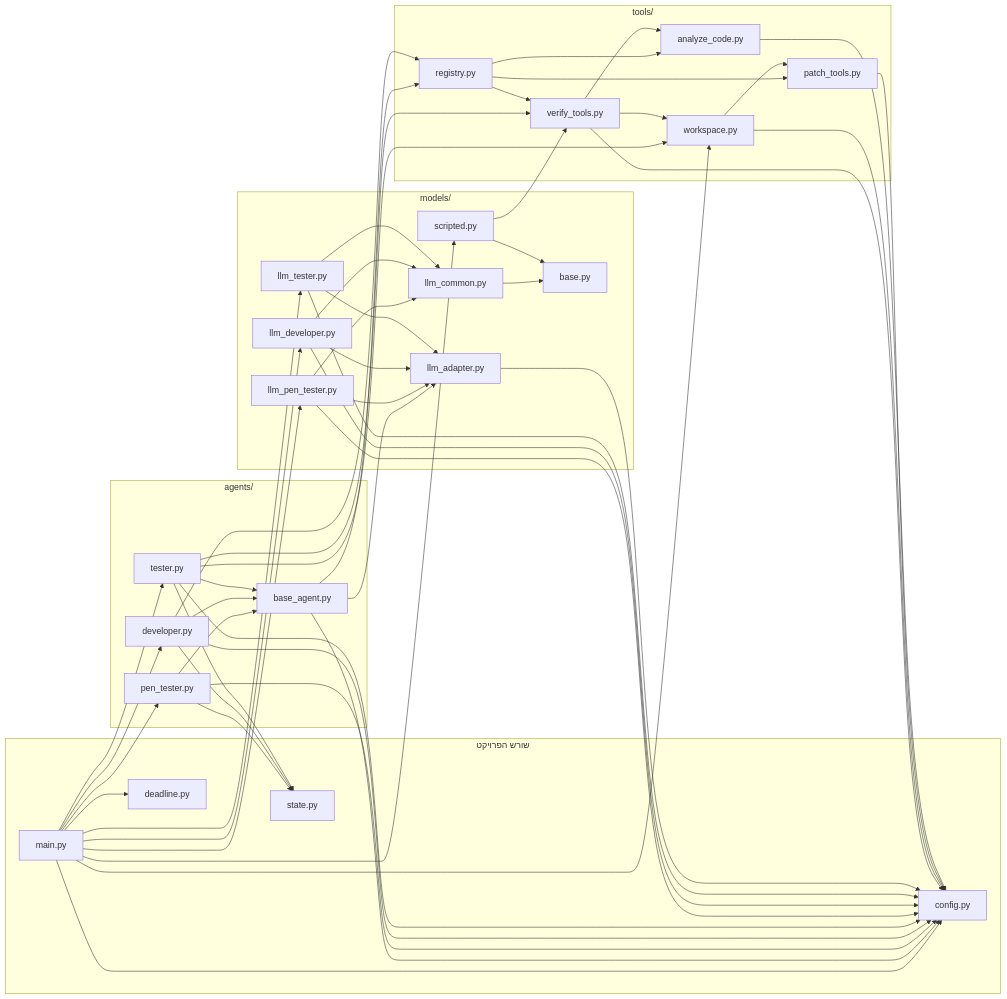
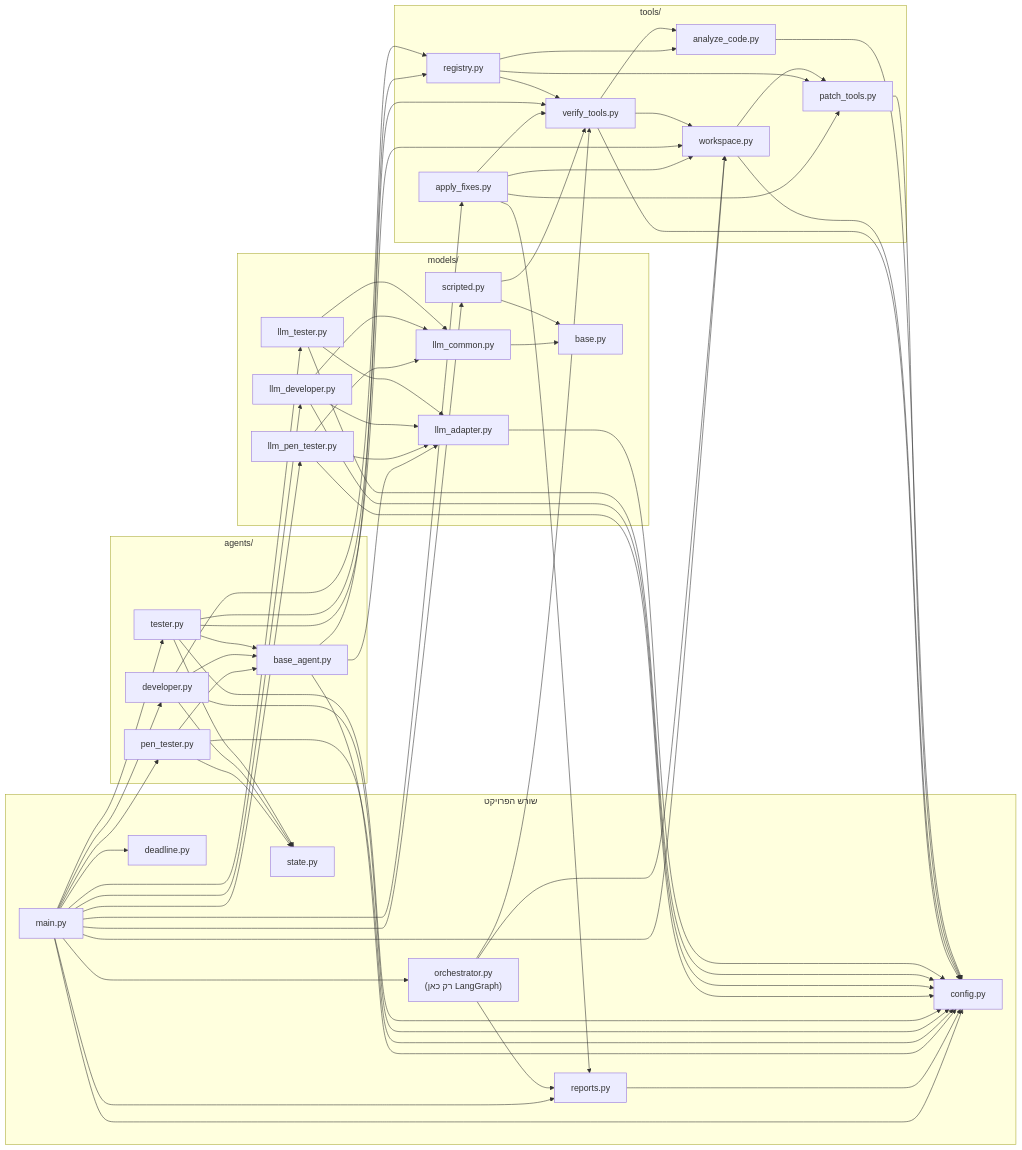
One commit to ransabag163/devsecops-team changed the fourth of 4 diagrams in docs/ARCHITECTURE.md. Above: the diagram before and after it, drawn with Mermaid. The commit also changed other lines of this file and 1 other file, not shown here.

Commit message:
Document the orchestrator graph, review and apply in the architecture doc and README

````diff
--- a/docs/ARCHITECTURE.md
+++ b/docs/ARCHITECTURE.md
@@ -52,53 +131,61 @@
 ```mermaid
 flowchart LR
     subgraph ROOT["שורש הפרויקט"]
         main["main.py"]
         config["config.py"]
         state["state.py"]
         deadline["deadline.py"]
+        orchestrator["orchestrator.py<br/>(רק כאן LangGraph)"]
+        reports["reports.py"]
     end
 
     subgraph AGENTS["agents/"]
         base_agent["base_agent.py"]
         pen_tester["pen_tester.py"]
         developer["developer.py"]
         tester["tester.py"]
     end
 
     subgraph MODELS["models/"]
         mbase["base.py"]
         llm_adapter["llm_adapter.py"]
         llm_common["llm_common.py"]
         llm_pen["llm_pen_tester.py"]
         llm_dev["llm_developer.py"]
         llm_tst["llm_tester.py"]
         scripted["scripted.py"]
     end
 
     subgraph TOOLS["tools/"]
         registry["registry.py"]
         analyze["analyze_code.py"]
         patch["patch_tools.py"]
         verify["verify_tools.py"]
         workspace["workspace.py"]
+        apply_fixes["apply_fixes.py"]
     end
 
     main --> config & deadline & pen_tester & developer & tester
     main --> llm_pen & llm_dev & llm_tst & scripted & workspace
+    main --> orchestrator & reports & apply_fixes
+
+    orchestrator --> reports & verify & workspace
+    reports --> config
+    apply_fixes --> reports & patch & verify & workspace
 
     base_agent --> config & llm_adapter & registry
     pen_tester --> base_agent & state & config
     developer --> base_agent & state & registry & config
     tester --> base_agent & state & verify & workspace & config
 
     llm_pen & llm_dev & llm_tst --> llm_adapter & llm_common & config
     llm_common --> mbase
     scripted --> mbase & verify
     llm_adapter --> config
 
     registry --> analyze & patch & verify
     verify --> analyze & workspace & config
     workspace --> patch & config
     patch --> config
     analyze --> config
 ```
````
